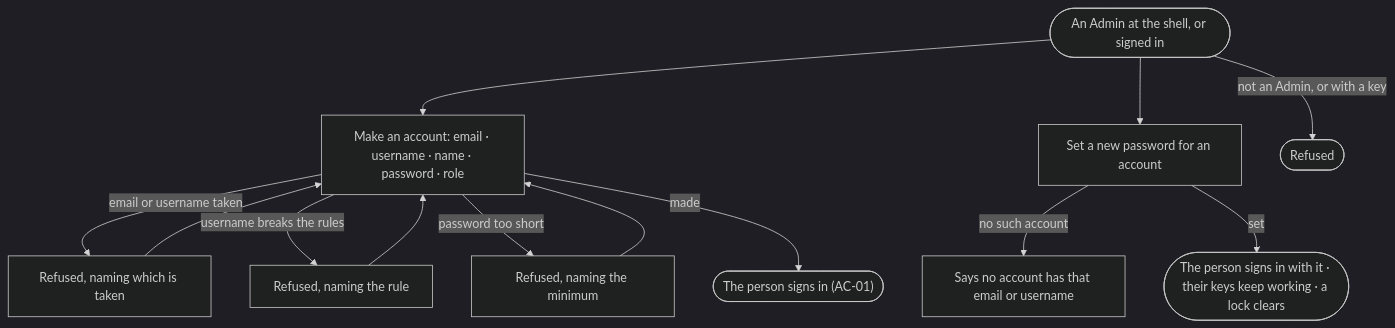
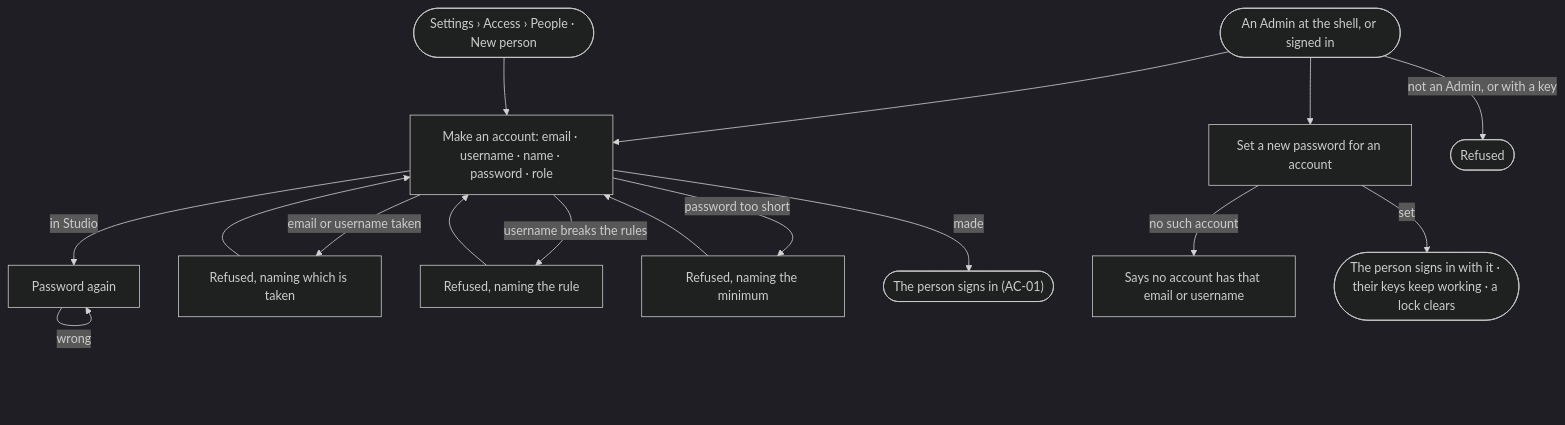
One commit to invana/invana changed the diagram in specs/os/access/features/AC-F01-sign-in-account-and-sessions/stories/AC-18-give-a-person-an-account/story.md. Above: the diagram before and after it, drawn with Mermaid (dark theme). The commit also changed other lines of this file and 279 other files, not shown here.

First line of the commit message:
chore(design): design-redesign — consolidated boards by feature, create flows folded in, runner may use Artifact

````diff
--- a/specs/os/access/features/AC-F01-sign-in-account-and-sessions/stories/AC-18-give-a-person-an-account/story.md
+++ b/specs/os/access/features/AC-F01-sign-in-account-and-sessions/stories/AC-18-give-a-person-an-account/story.md
@@ -26,12 +26,14 @@
 ```mermaid
 flowchart TD
   a([An Admin at the shell, or signed in]) --> c["Make an account: email · username · name · password · role"]
+  st([Settings › Access › People · New person]) --> c
+  c -->|in Studio| pa["Password again"] -->|wrong| pa
   c -->|email or username taken| t["Refused, naming which is taken"] --> c
   c -->|username breaks the rules| u["Refused, naming the rule"] --> c
   c -->|password too short| pw["Refused, naming the minimum"] --> c
   c -->|made| ok(["The person signs in (AC-01)"])
   a --> r["Set a new password for an account"]
   r -->|no such account| nf["Says no account has that email or username"]
   r -->|set| rs(["The person signs in with it · their keys keep working · a lock clears"])
   a -->|not an Admin, or with a key| no(["Refused"])
 ```
````
